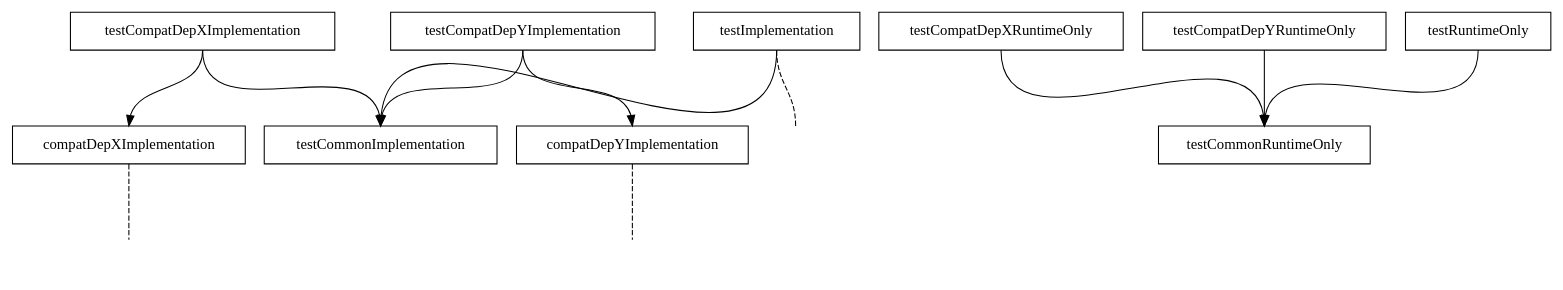
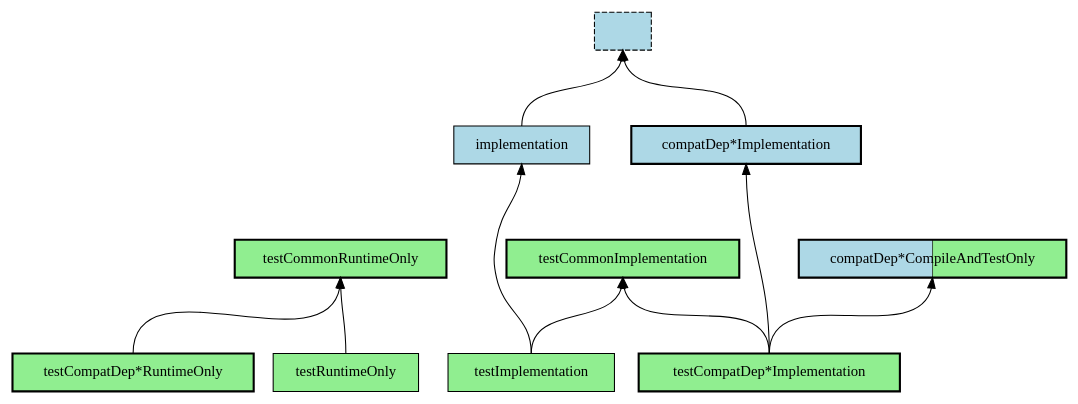
One commit to davidburstrom/version-compatibility-gradle-plugin changed the diagram in docs/images/test-configurations.dot. Above: the diagram before and after it, drawn with Graphviz. The commit also changed 9 other files, not shown here.

Commit message:
Add support for compileAndTestOnly configuration

```diff
--- a/docs/images/test-configurations.dot
+++ b/docs/images/test-configurations.dot
@@ -1,23 +1,30 @@
 digraph configurations {
     graph [ranksep=1]
     node [shape=box]
-    edge [tailport=s headport=n]
+    edge [tailport=s headport=n dir=back]
 
-    out1 [style=invis]
-    out2 [style=invis]
-    out3 [style=invis]
+    production [label="" style="dashed,filled" fillcolor="lightblue"]
+    implementation [style="filled" fillcolor="lightblue"]
+    testImplementation [style="filled" fillcolor="lightgreen"]
+    testRuntimeOnly [style="filled" fillcolor="lightgreen"]
+    testCommonRuntimeOnly [style="bold,filled" fillcolor="lightgreen"]
+    testCommonImplementation [style="bold,filled" fillcolor="lightgreen"]
+    "testCompatDep*RuntimeOnly" [style="bold,filled" fillcolor="lightgreen"]
+    "testCompatDep*Implementation" [style="bold,filled" fillcolor="lightgreen"]
+    "compatDep*Implementation" [style="bold,filled" fillcolor="lightblue"]
+    "compatDep*CompileAndTestOnly" [style="bold,striped" fillcolor="lightblue:lightgreen"]
 
-    testCompatDepXImplementation -> compatDepXImplementation;
-    testCompatDepXImplementation -> testCommonImplementation;
-    testCompatDepYImplementation -> compatDepYImplementation;
-    testCompatDepYImplementation -> testCommonImplementation;
-    testImplementation -> testCommonImplementation;
+    "compatDep*Implementation" -> "testCompatDep*Implementation"
+    "compatDep*CompileAndTestOnly" -> "testCompatDep*Implementation"
+    testCommonImplementation -> "testCompatDep*Implementation"
+    testCommonImplementation -> testImplementation
+    implementation -> testCommonImplementation [style=invis]
+    implementation -> testCommonRuntimeOnly [style=invis]
 
-    compatDepXImplementation -> out1 [arrowhead=none style=dashed]
-    compatDepYImplementation -> out2 [arrowhead=none style=dashed]
-    testImplementation -> out3 [arrowhead=none style=dashed]
+    production -> "compatDep*Implementation"
+    production -> implementation
+    implementation -> testImplementation
 
-    testCompatDepXRuntimeOnly -> testCommonRuntimeOnly;
-    testCompatDepYRuntimeOnly -> testCommonRuntimeOnly;
-    testRuntimeOnly -> testCommonRuntimeOnly;
+    testCommonRuntimeOnly -> "testCompatDep*RuntimeOnly"
+    testCommonRuntimeOnly -> testRuntimeOnly
 }
```
